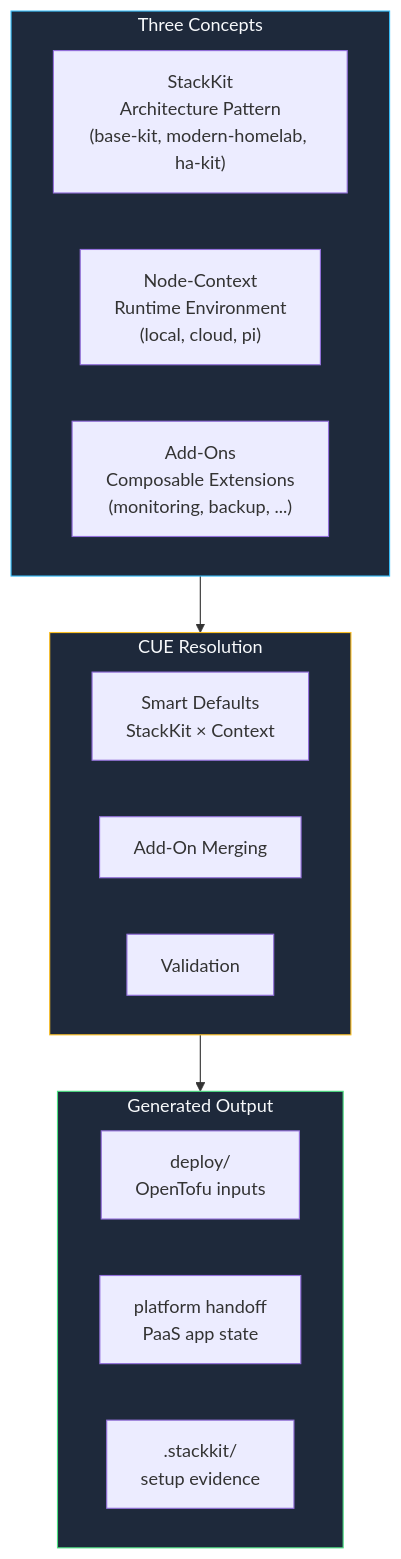
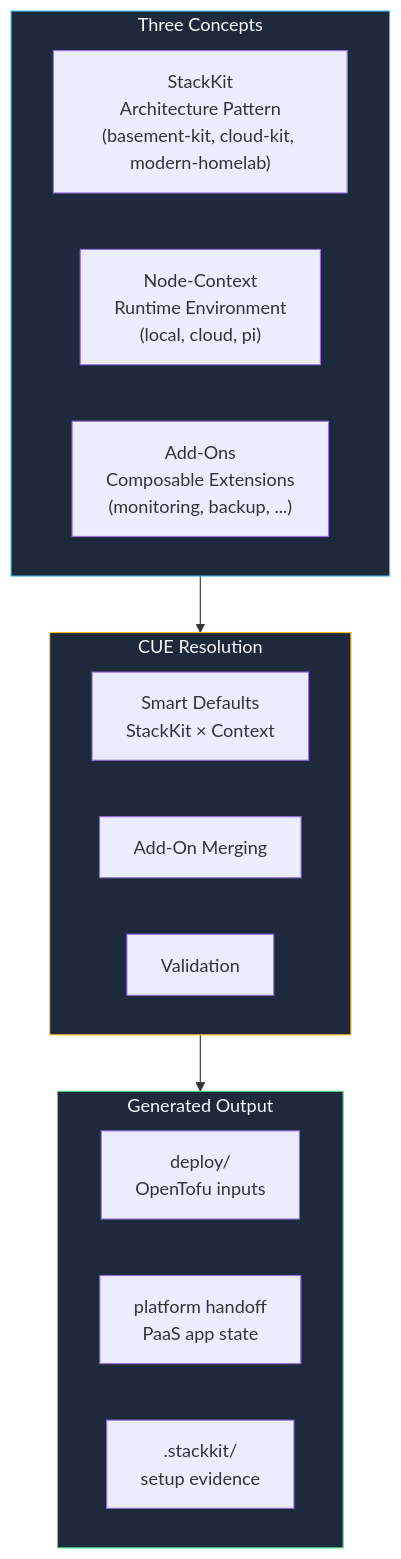
Before and after one commit to KombiverseLabs/mintlify-docs: the first of 2 diagrams in stackkits/overview.mdx, drawn with Mermaid. The commit also changed other lines of this file and 155 other files, not shown here.

````diff
--- a/stackkits/overview.mdx
+++ b/stackkits/overview.mdx
@@ -14,26 +14,26 @@
 ```mermaid
 graph TB
     subgraph Concepts["Three Concepts"]
-        SK["StackKit<br/>Architecture Pattern<br/>(base-kit, modern-homelab, ha-kit)"]
+        SK["StackKit<br/>Architecture Pattern<br/>(basement-kit, cloud-kit, modern-homelab)"]
         CTX["Node-Context<br/>Runtime Environment<br/>(local, cloud, pi)"]
         AO["Add-Ons<br/>Composable Extensions<br/>(monitoring, backup, ...)"]
     end
 
     subgraph Resolution["CUE Resolution"]
         CUE["Smart Defaults<br/>StackKit × Context"]
         Merge["Add-On Merging"]
         Valid["Validation"]
     end
 
     subgraph Output["Generated Output"]
         TF["deploy/<br/>OpenTofu inputs"]
         Compose["platform handoff<br/>PaaS app state"]
         Bootstrap[".stackkit/<br/>setup evidence"]
     end
 
     Concepts --> Resolution --> Output
 
     style Concepts fill:#1e293b,stroke:#38bdf8,color:#f8fafc
     style Resolution fill:#1e293b,stroke:#fbbf24,color:#f8fafc
     style Output fill:#1e293b,stroke:#4ade80,color:#f8fafc
 ```
````
